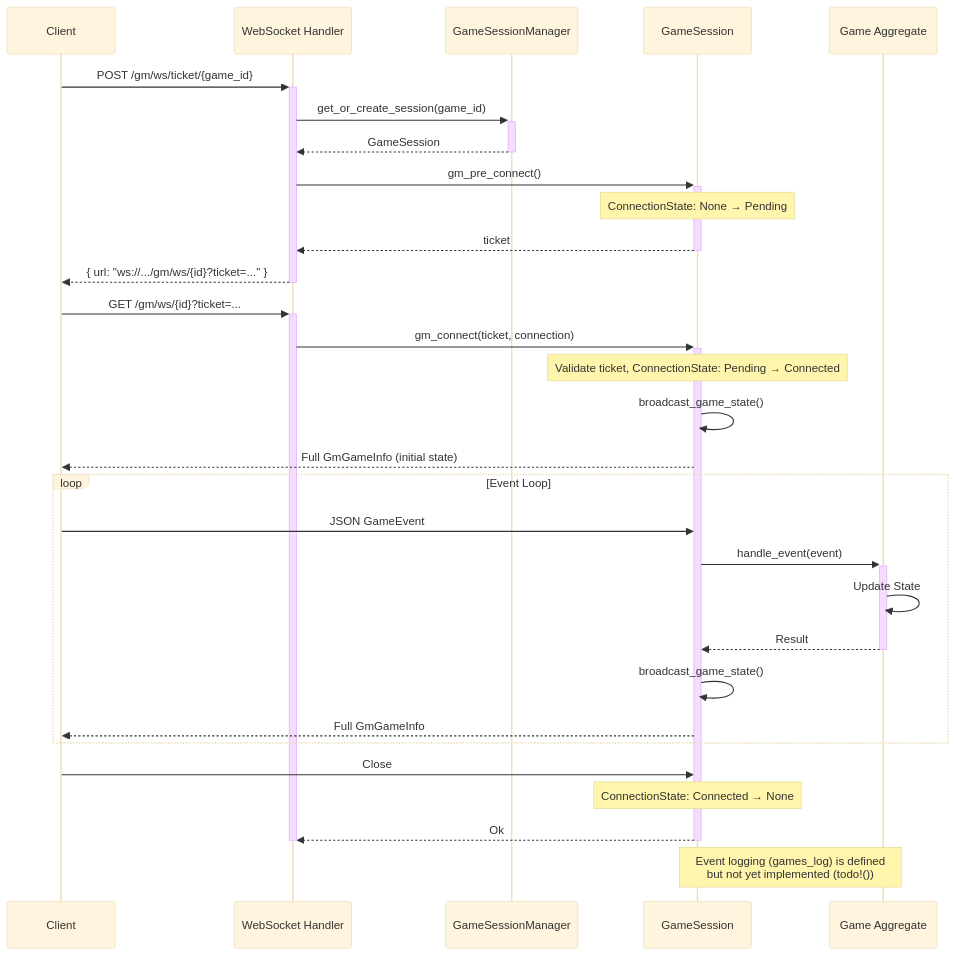
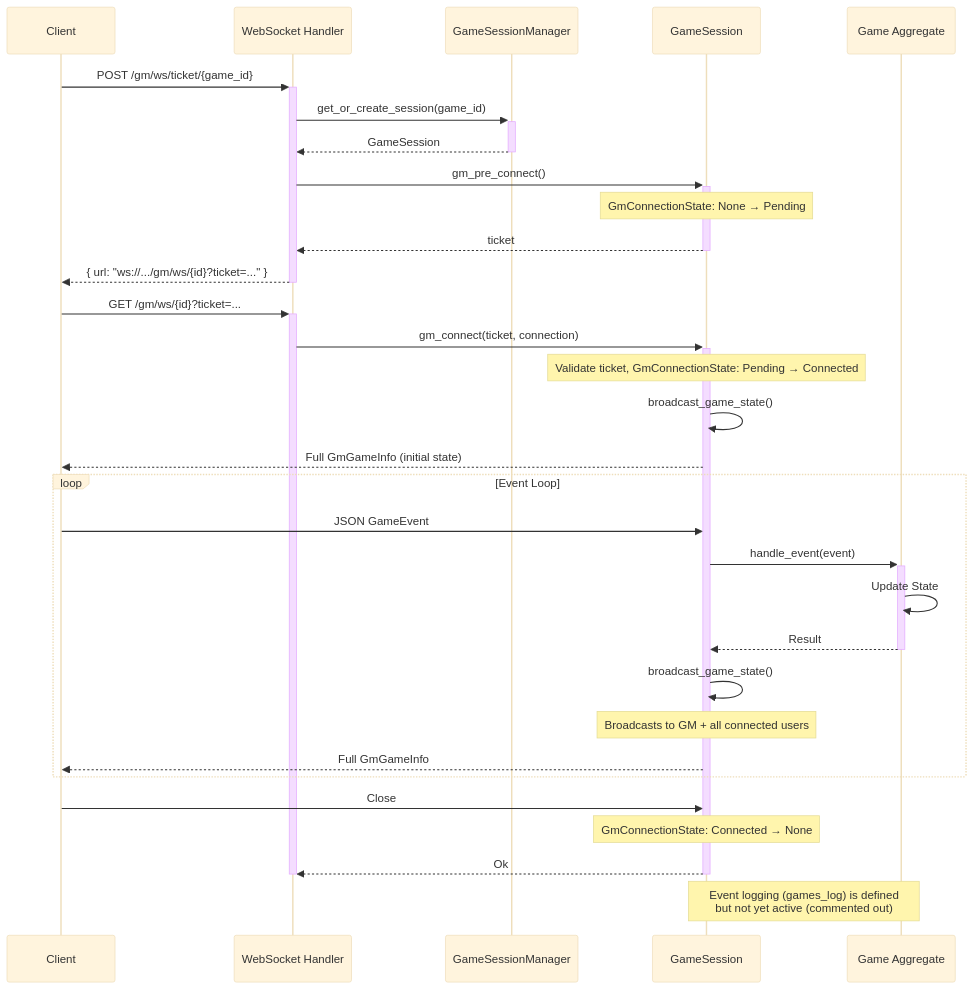
Diagram 12 of 14 in backend/ARCHITECTURE.md (jakob-rzeppa/turnkeeper), drawn with Mermaid (base theme) before and after one commit. The commit also changed other lines of this file and 2 other files, not shown here.

````diff
--- a/backend/ARCHITECTURE.md
+++ b/backend/ARCHITECTURE.md
@@ -434,38 +442,39 @@
 ```mermaid
 sequenceDiagram
     participant Client
     participant WS as WebSocket Handler
     participant SessionMgr as GameSessionManager
     participant Session as GameSession
     participant Game as Game Aggregate
 
     Client->>+WS: POST /gm/ws/ticket/{game_id}
     WS->>+SessionMgr: get_or_create_session(game_id)
     SessionMgr-->>-WS: GameSession
     WS->>+Session: gm_pre_connect()
-    note over Session: ConnectionState: None → Pending
+    note over Session: GmConnectionState: None → Pending
     Session-->>-WS: ticket
     WS-->>-Client: { url: "ws://.../gm/ws/{id}?ticket=..." }
 
     Client->>+WS: GET /gm/ws/{id}?ticket=...
     WS->>+Session: gm_connect(ticket, connection)
-    note over Session: Validate ticket, ConnectionState: Pending → Connected
+    note over Session: Validate ticket, GmConnectionState: Pending → Connected
     Session->>Session: broadcast_game_state()
     Session-->>Client: Full GmGameInfo (initial state)
 
     loop Event Loop
         Client->>Session: JSON GameEvent
         Session->>+Game: handle_event(event)
         Game->>Game: Update State
         Game-->>-Session: Result
         Session->>Session: broadcast_game_state()
+        note over Session: Broadcasts to GM + all connected users
         Session-->>Client: Full GmGameInfo
     end
 
     Client->>Session: Close
-    note over Session: ConnectionState: Connected → None
+    note over Session: GmConnectionState: Connected → None
     Session-->>-WS: Ok
     deactivate WS
 
-    Note over Session,Game: Event logging (games_log) is defined<br/>but not yet implemented (todo!())
+    Note over Session,Game: Event logging (games_log) is defined<br/>but not yet active (commented out)
 ```
````
